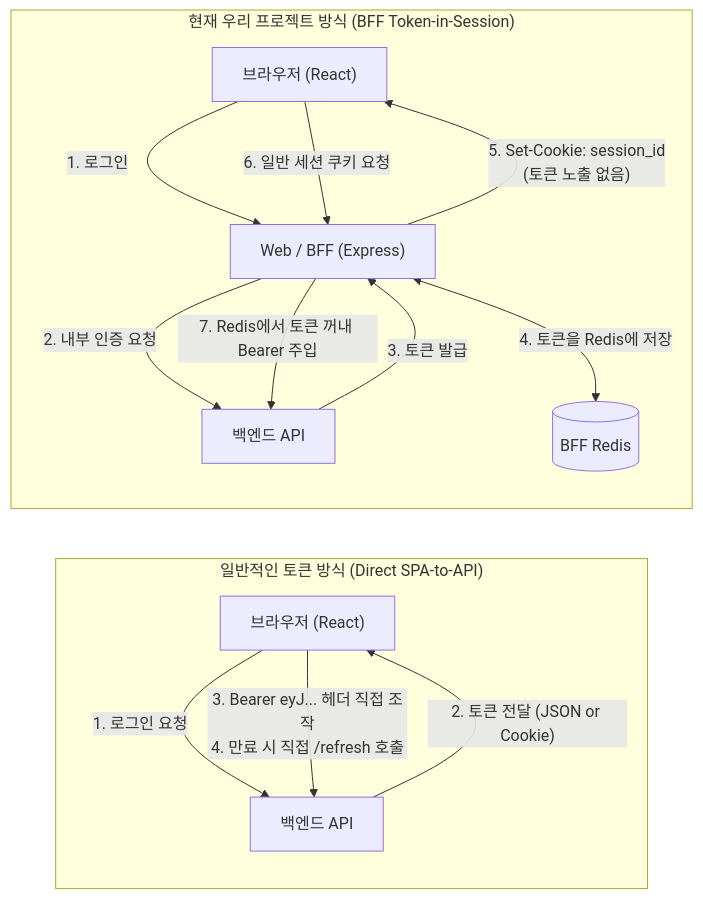
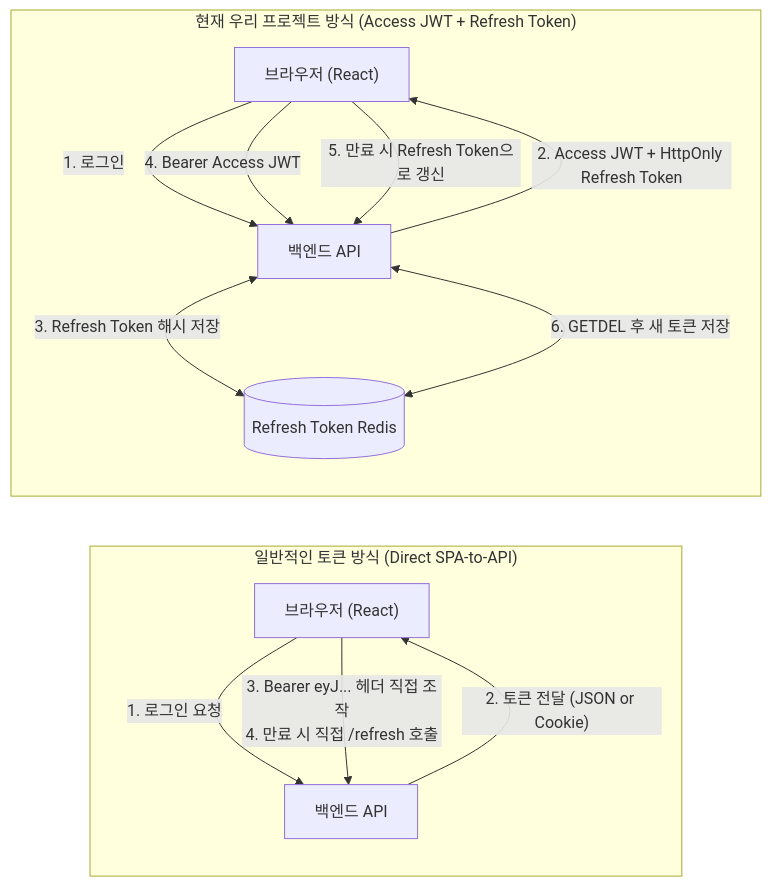
Before and after one commit to JYK0128/web-framework-app: the third of 3 diagrams in docs/token-based-auth-patterns.md, drawn with Mermaid. The commit also changed other lines of this file and 131 other files, not shown here.

````diff
--- a/docs/token-based-auth-patterns.md
+++ b/docs/token-based-auth-patterns.md
@@ -84,29 +84,27 @@
 ```mermaid
 flowchart LR
     subgraph NormalFlow["일반적인 토큰 방식 (Direct SPA-to-API)"]
         direction TB
         Browser1["브라우저 (React)"]
         API1["백엔드 API"]
 
         Browser1 -- "1. 로그인 요청" --> API1
         API1 -- "2. 토큰 전달 (JSON or Cookie)" --> Browser1
         Browser1 -- "3. Bearer eyJ... 헤더 직접 조작\n4. 만료 시 직접 /refresh 호출" --> API1
     end
 
-    subgraph BFFSessionFlow["현재 우리 프로젝트 방식 (BFF Token-in-Session)"]
+    subgraph CurrentFlow["현재 우리 프로젝트 방식 (Access JWT + Refresh Token)"]
         direction TB
         Browser2["브라우저 (React)"]
-        BFF2["Web / BFF (Express)"]
         API2["백엔드 API"]
-        Redis2[(BFF Redis)]
+        Redis2[(Refresh Token Redis)]
 
-        Browser2 -- "1. 로그인" --> BFF2
-        BFF2 -- "2. 내부 인증 요청" --> API2
-        API2 -- "3. 토큰 발급" --> BFF2
-        BFF2 <--> |4. 토큰을 Redis에 저장| Redis2
-        BFF2 -- "5. Set-Cookie: session_id\n(토큰 노출 없음)" --> Browser2
+        Browser2 -- "1. 로그인" --> API2
+        API2 -- "2. Access JWT + HttpOnly Refresh Token" --> Browser2
+        API2 <--> |3. Refresh Token 해시 저장| Redis2
 
-        Browser2 -- "6. 일반 세션 쿠키 요청" --> BFF2
-        BFF2 -- "7. Redis에서 토큰 꺼내 Bearer 주입" --> API2
+        Browser2 -- "4. Bearer Access JWT" --> API2
+        Browser2 -- "5. 만료 시 Refresh Token으로 갱신" --> API2
+        API2 <--> |6. GETDEL 후 새 토큰 저장| Redis2
     end
 ```
````
